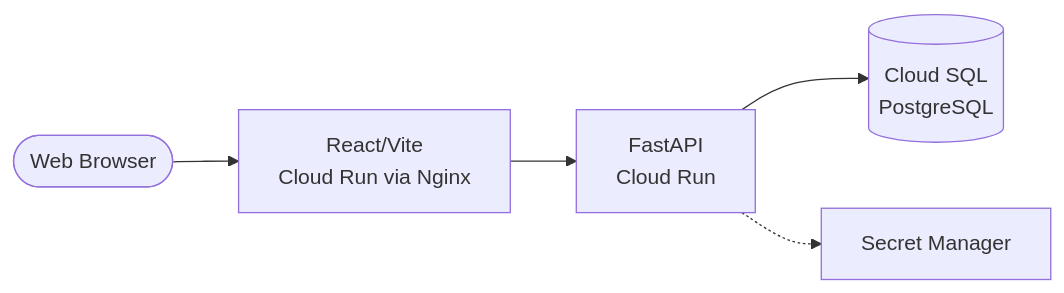
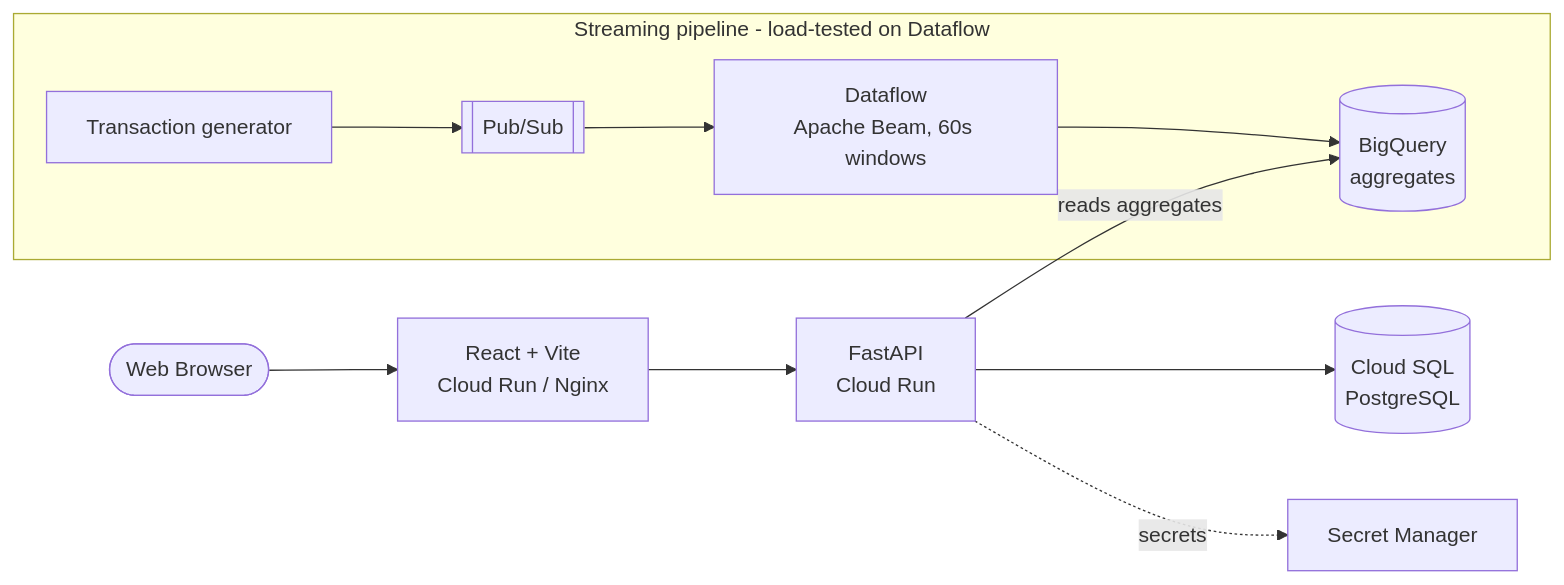
One commit to preetham1930/fpa-platform changed the diagram in README.md. Above: the diagram before and after it, drawn with Mermaid. The commit also changed other lines of this file, not shown here.

Commit message:
docs: lead README with value, scale numbers, and full architecture

````diff
--- a/README.md
+++ b/README.md
@@ -29,7 +26,15 @@
 ```mermaid
 flowchart LR
-    Client([Web Browser]) --> Frontend[React/Vite<br>Cloud Run via Nginx]
-    Frontend --> Backend[FastAPI<br>Cloud Run]
-    Backend --> DB[(Cloud SQL<br>PostgreSQL)]
-    Backend -.-> Secrets[Secret Manager]
+    User([Web Browser]) --> FE[React + Vite<br>Cloud Run / Nginx]
+    FE --> BE[FastAPI<br>Cloud Run]
+    BE --> DB[(Cloud SQL<br>PostgreSQL)]
+    BE -.->|secrets| SM[Secret Manager]
+
+    subgraph pipeline [Streaming pipeline - load-tested on Dataflow]
+        GEN[Transaction generator] --> PS[[Pub/Sub]]
+        PS --> DF[Dataflow<br>Apache Beam, 60s windows]
+        DF --> BQ[(BigQuery<br>aggregates)]
+    end
+
+    BE -->|reads aggregates| BQ
 ```
````
